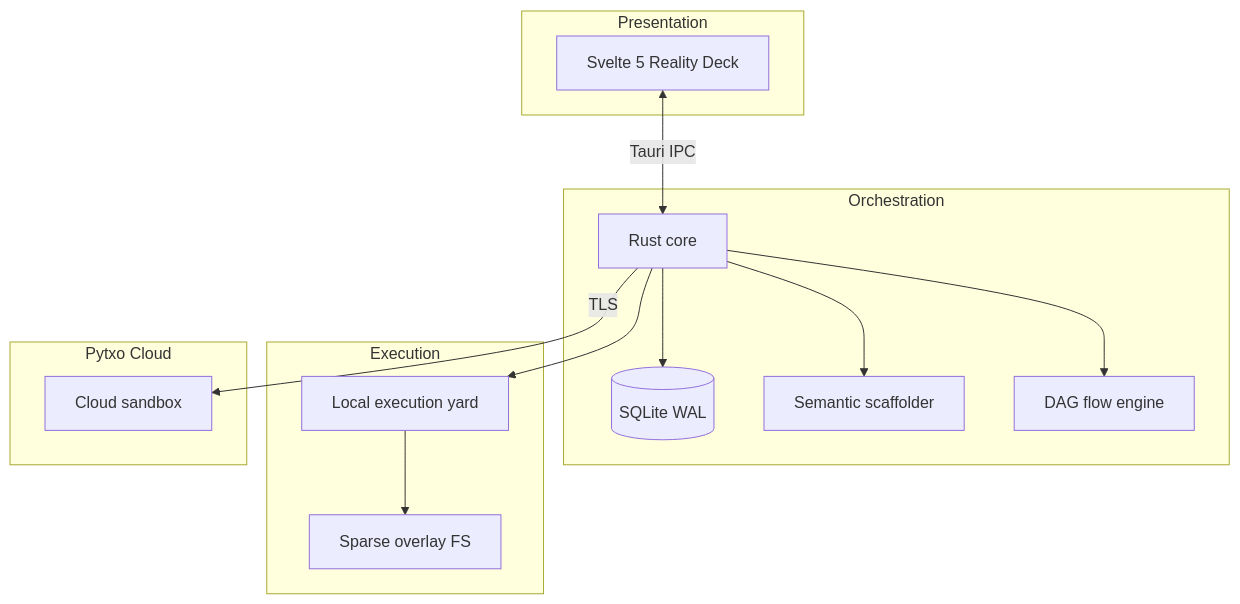
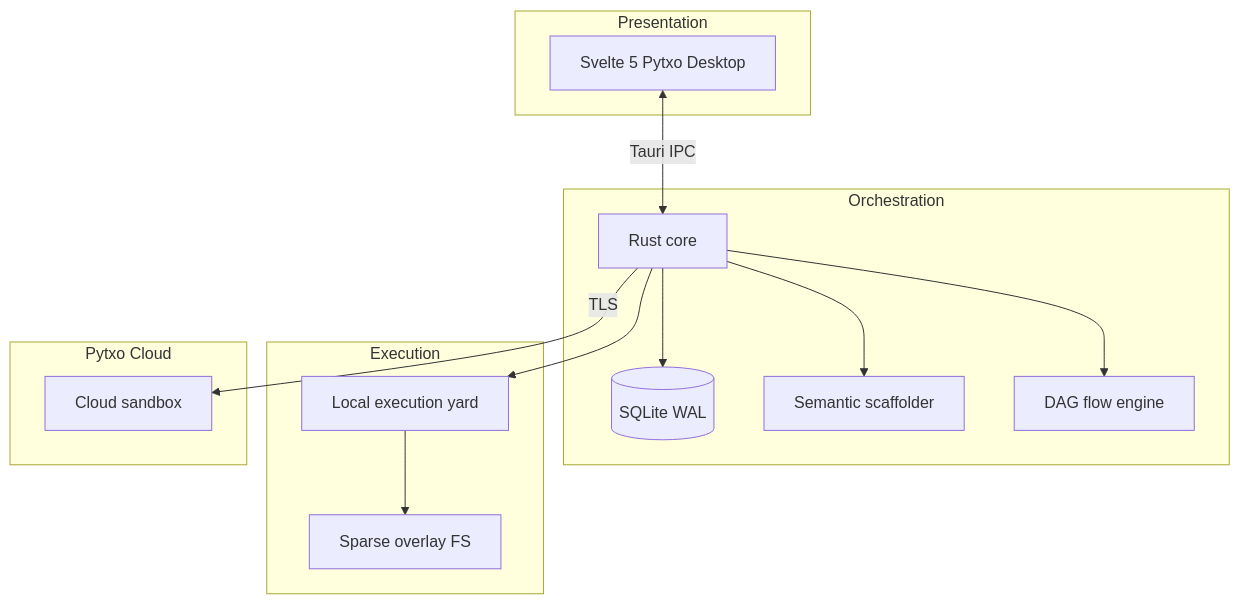
The diagram in docs/04-architecture/c4-container.md (Pytxo-dev/pytxo), drawn with Mermaid before and after one commit. The commit also changed 233 other files, not shown here.

First line of the commit message:
Preserve current working tree for Pytxo Desktop 2.0

````diff
--- a/docs/04-architecture/c4-container.md
+++ b/docs/04-architecture/c4-container.md
@@ -15,27 +15,27 @@
 ```mermaid
 flowchart TB
   subgraph presentation [Presentation]
-    ui[Svelte 5 Reality Deck]
+    ui[Svelte 5 Pytxo Desktop]
   end
   subgraph orchestration [Orchestration]
     core[Rust core]
     wal[(SQLite WAL)]
     scaffold[Semantic scaffolder]
     dag[DAG flow engine]
   end
   subgraph execution [Execution]
     yard[Local execution yard]
     overlay[Sparse overlay FS]
   end
   subgraph cloud [Pytxo Cloud]
     sandbox[Cloud sandbox]
   end
 
   ui <-->|Tauri IPC| core
   core --> wal
   core --> scaffold
   core --> dag
   core --> yard
   yard --> overlay
   core -->|TLS| sandbox
 ```
````
